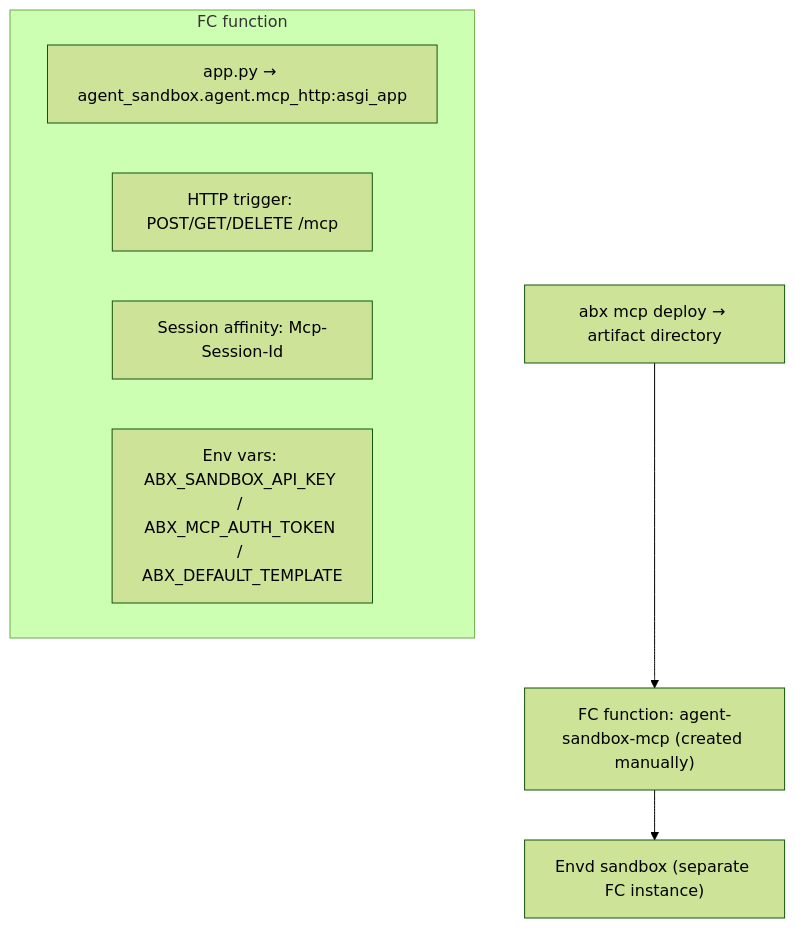
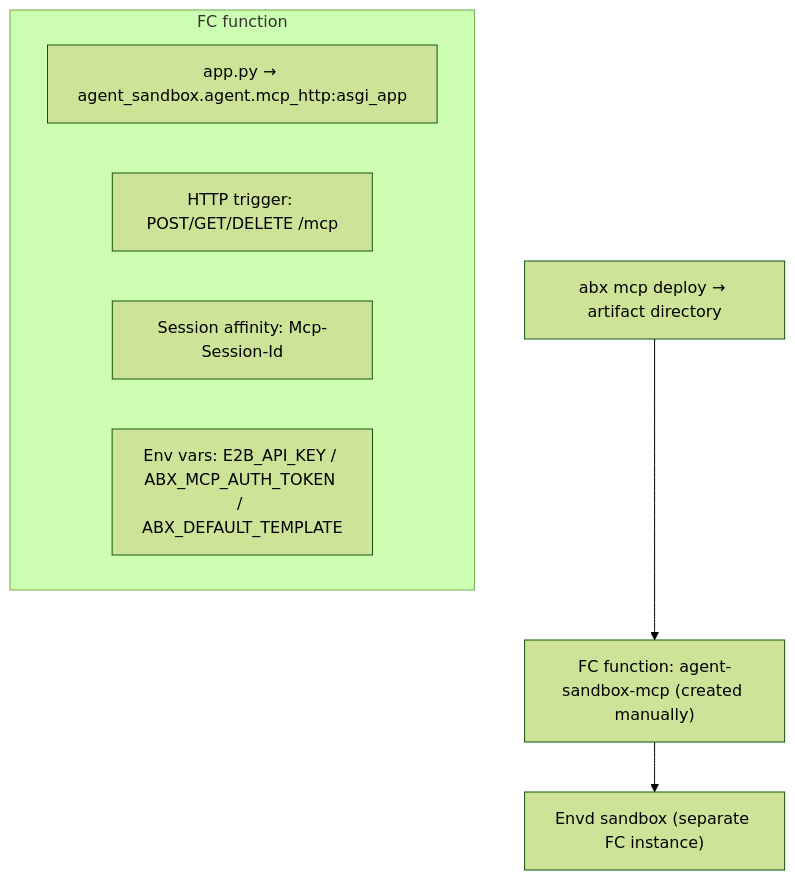
One commit to Alibaba-Agent-Sandbox/python-sdk changed the sixth of 6 diagrams in docs/en/design/mcp-server.md. Above: the diagram before and after it, drawn with Mermaid (forest theme). The commit also changed other lines of this file and 383 other files, not shown here.

````diff
--- a/docs/en/design/mcp-server.md
+++ b/docs/en/design/mcp-server.md
@@ -417,16 +417,16 @@
 ```mermaid
 graph TB
     CLI["abx mcp deploy → artifact directory"]
     FC["FC function: agent-sandbox-mcp (created manually)"]
     Sandbox["Envd sandbox (separate FC instance)"]
 
     CLI --> FC
     FC --> Sandbox
 
     subgraph FC_Function ["FC function"]
         ASGI["app.py → agent_sandbox.agent.mcp_http:asgi_app"]
         Trigger["HTTP trigger: POST/GET/DELETE /mcp"]
         Session["Session affinity: Mcp-Session-Id"]
-        Env["Env vars: ABX_SANDBOX_API_KEY / ABX_MCP_AUTH_TOKEN / ABX_DEFAULT_TEMPLATE"]
+        Env["Env vars: E2B_API_KEY / ABX_MCP_AUTH_TOKEN / ABX_DEFAULT_TEMPLATE"]
     end
 ```
````
